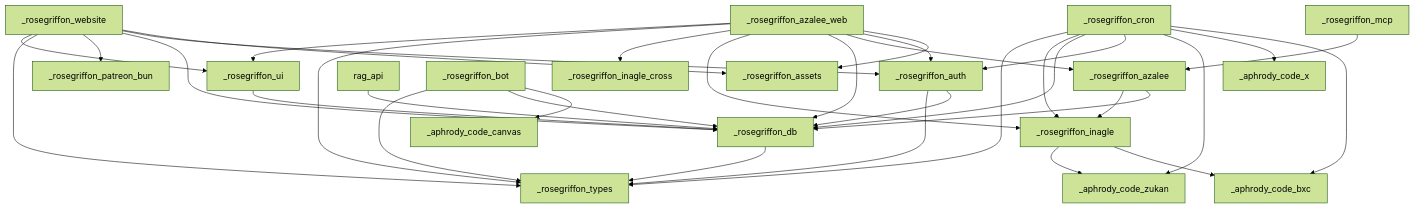
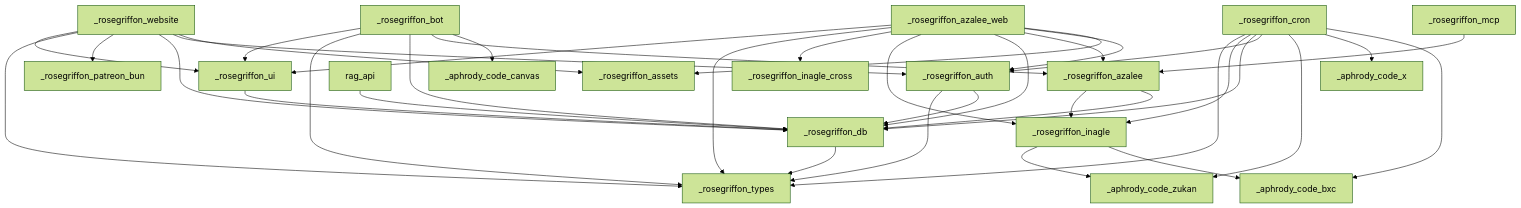
One commit to aphrody-labs/rosegriffon changed the diagram in docs/rg/REPO_MAP.md. Above: the diagram before and after it, drawn with Mermaid (forest theme). The commit also changed other lines of this file and 5 other files, not shown here.

````diff
--- a/docs/rg/REPO_MAP.md
+++ b/docs/rg/REPO_MAP.md
@@ -407,37 +409,39 @@
 ```mermaid
 graph TD
     _rosegriffon_azalee_web --> _rosegriffon_assets
     _rosegriffon_azalee_web --> _rosegriffon_auth
     _rosegriffon_azalee_web --> _rosegriffon_azalee
     _rosegriffon_azalee_web --> _rosegriffon_db
     _rosegriffon_azalee_web --> _rosegriffon_inagle
     _rosegriffon_azalee_web --> _rosegriffon_inagle_cross
     _rosegriffon_azalee_web --> _rosegriffon_types
     _rosegriffon_azalee_web --> _rosegriffon_ui
     rag_api --> _rosegriffon_db
     _rosegriffon_bot --> _aphrody_code_canvas
+    _rosegriffon_bot --> _rosegriffon_azalee
     _rosegriffon_bot --> _rosegriffon_db
     _rosegriffon_bot --> _rosegriffon_types
+    _rosegriffon_bot --> _rosegriffon_ui
     _rosegriffon_website --> _rosegriffon_assets
     _rosegriffon_website --> _rosegriffon_auth
     _rosegriffon_website --> _rosegriffon_db
     _rosegriffon_website --> _rosegriffon_patreon_bun
     _rosegriffon_website --> _rosegriffon_types
     _rosegriffon_website --> _rosegriffon_ui
     _rosegriffon_azalee --> _rosegriffon_db
     _rosegriffon_azalee --> _rosegriffon_inagle
     _rosegriffon_auth --> _rosegriffon_db
     _rosegriffon_auth --> _rosegriffon_types
     _rosegriffon_cron --> _aphrody_code_bxc
     _rosegriffon_cron --> _aphrody_code_x
     _rosegriffon_cron --> _aphrody_code_zukan
     _rosegriffon_cron --> _rosegriffon_auth
     _rosegriffon_cron --> _rosegriffon_db
     _rosegriffon_cron --> _rosegriffon_inagle
     _rosegriffon_cron --> _rosegriffon_types
     _rosegriffon_db --> _rosegriffon_types
     _rosegriffon_inagle --> _aphrody_code_bxc
     _rosegriffon_inagle --> _aphrody_code_zukan
     _rosegriffon_ui --> _rosegriffon_db
     _rosegriffon_mcp --> _rosegriffon_azalee
 ```
````
